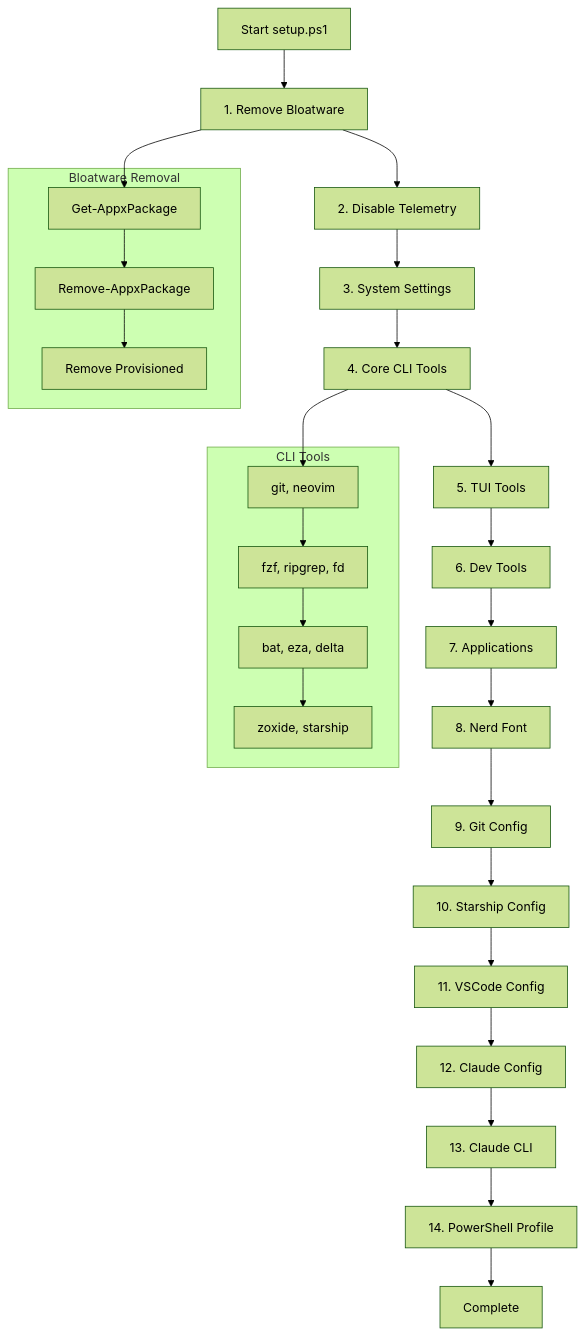
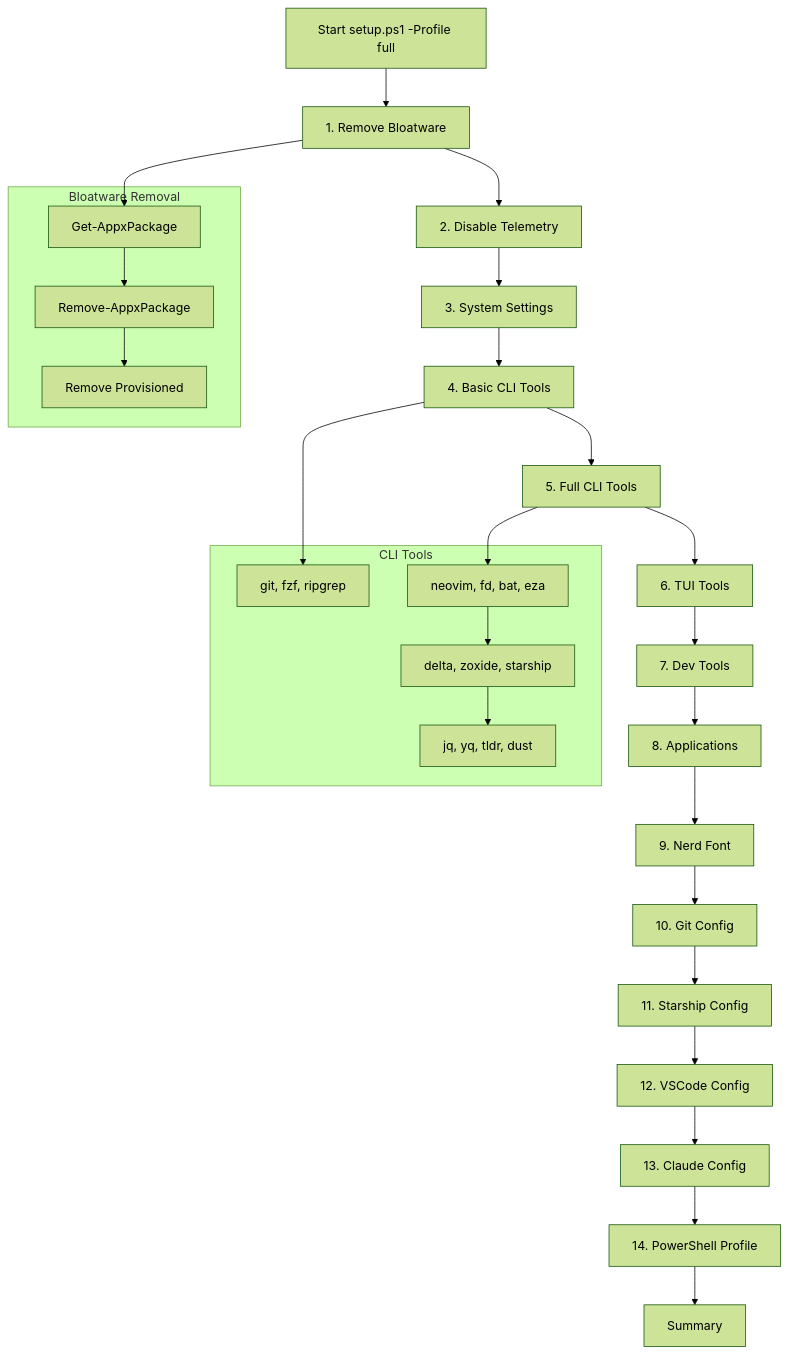
Before and after one commit to wit543/dotfiles: diagram 17 of 24 in docs/ARCHITECTURE.md, drawn with Mermaid (forest theme). The commit also changed other lines of this file and 10 other files, not shown here.

First line of the commit message:
feat: Add TODO.md, Chrome DevTools MCP, and various improvements

````diff
--- a/docs/ARCHITECTURE.md
+++ b/docs/ARCHITECTURE.md
@@ -397,34 +524,35 @@
 ```mermaid
 flowchart TD
-    A[Start setup.ps1] --> B[1. Remove Bloatware]
+    A[Start setup.ps1 -Profile full] --> B[1. Remove Bloatware]
     B --> C[2. Disable Telemetry]
     C --> D[3. System Settings]
-    D --> E[4. Core CLI Tools]
-    E --> F[5. TUI Tools]
-    F --> G[6. Dev Tools]
-    G --> H[7. Applications]
-    H --> I[8. Nerd Font]
-    I --> J[9. Git Config]
-    J --> K[10. Starship Config]
-    K --> L[11. VSCode Config]
-    L --> M[12. Claude Config]
-    M --> N[13. Claude CLI]
+    D --> E[4. Basic CLI Tools]
+    E --> F[5. Full CLI Tools]
+    F --> G[6. TUI Tools]
+    G --> H[7. Dev Tools]
+    H --> I[8. Applications]
+    I --> J[9. Nerd Font]
+    J --> K[10. Git Config]
+    K --> L[11. Starship Config]
+    L --> M[12. VSCode Config]
+    M --> N[13. Claude Config]
     N --> O[14. PowerShell Profile]
-    O --> P[Complete]
+    O --> P[Summary]
 
     subgraph "Bloatware Removal"
         B1[Get-AppxPackage]
         B2[Remove-AppxPackage]
         B3[Remove Provisioned]
     end
 
     subgraph "CLI Tools"
-        E1[git, neovim]
-        E2[fzf, ripgrep, fd]
-        E3[bat, eza, delta]
-        E4[zoxide, starship]
+        E1[git, fzf, ripgrep]
+        F1[neovim, fd, bat, eza]
+        F2[delta, zoxide, starship]
+        F3[jq, yq, tldr, dust]
     end
 
     B --> B1 --> B2 --> B3
-    E --> E1 --> E2 --> E3 --> E4
+    E --> E1
+    F --> F1 --> F2 --> F3
 ```
````
